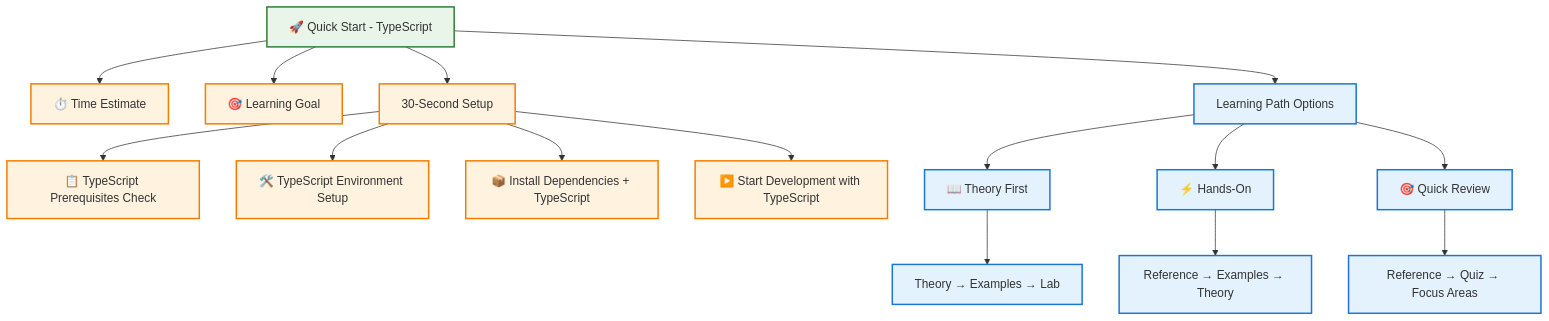
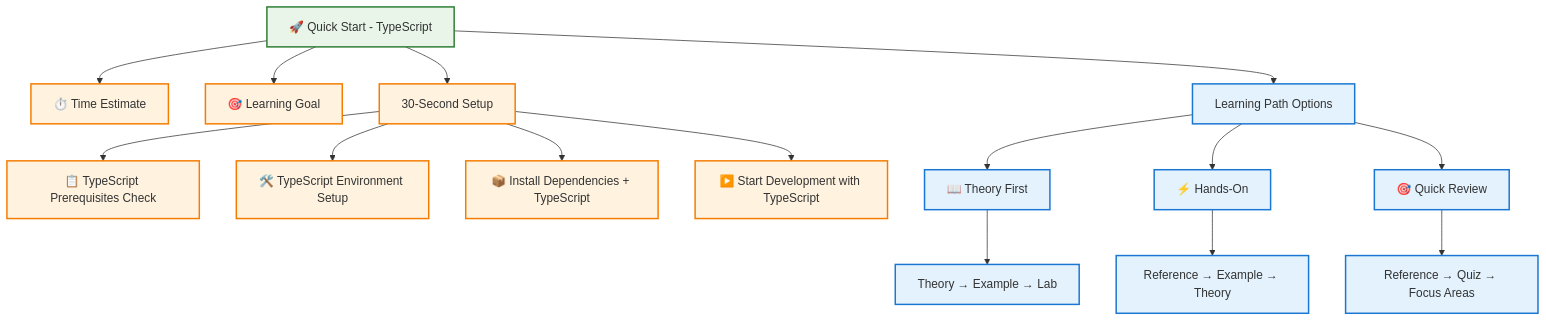
The fifth of 6 diagrams in diagrams/course_structure_diagram.md (longndt/react-course), drawn with Mermaid before and after one commit. The commit also changed other lines of this file and 38 other files, not shown here.

````diff
--- a/diagrams/course_structure_diagram.md
+++ b/diagrams/course_structure_diagram.md
@@ -139,29 +139,29 @@
 ```mermaid
 graph TD
     A[🚀 Quick Start - TypeScript] --> B[⏱️ Time Estimate]
     A --> C[🎯 Learning Goal]
     A --> D[30-Second Setup]
     A --> E[Learning Path Options]
 
     D --> F[📋 TypeScript Prerequisites Check]
     D --> G[🛠️ TypeScript Environment Setup]
     D --> H[📦 Install Dependencies + TypeScript]
     D --> I[▶️ Start Development with TypeScript]
 
     E --> J[📖 Theory First]
     E --> K[⚡ Hands-On]
     E --> L[🎯 Quick Review]
 
-    J --> M[Theory → Examples → Lab]
-    K --> N[Reference → Examples → Theory]
+    J --> M[Theory → Example → Lab]
+    K --> N[Reference → Example → Theory]
     L --> O[Reference → Quiz → Focus Areas]
 
     %% Styling
     classDef quickstart fill:#e8f5e8,stroke:#2e7d32,stroke-width:2px
     classDef setup fill:#fff3e0,stroke:#f57c00,stroke-width:2px
     classDef path fill:#e3f2fd,stroke:#1976d2,stroke-width:2px
 
     class A quickstart
     class B,C,D,F,G,H,I setup
     class E,J,K,L,M,N,O path
 ```
````
